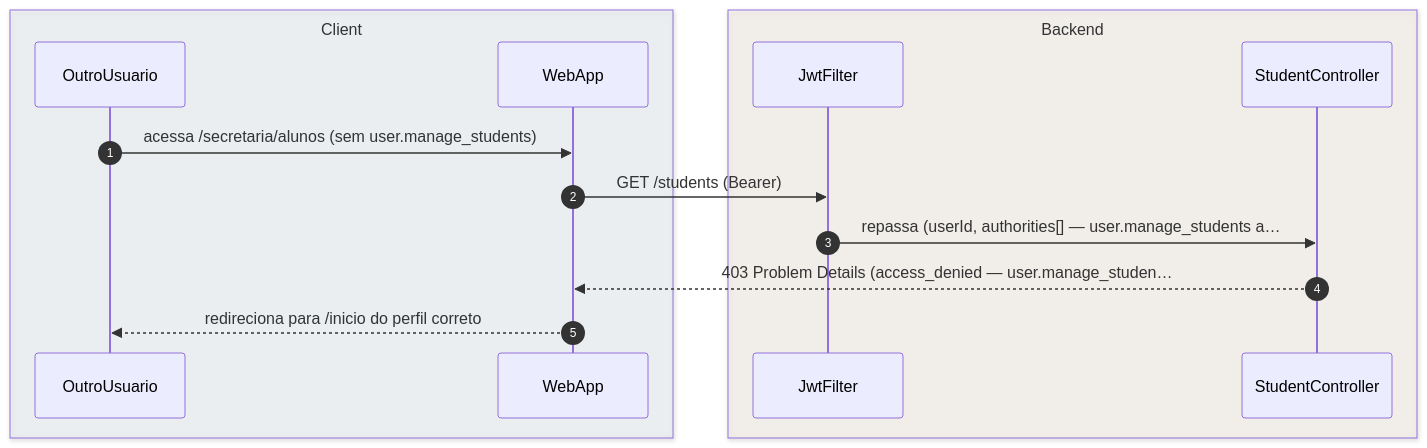
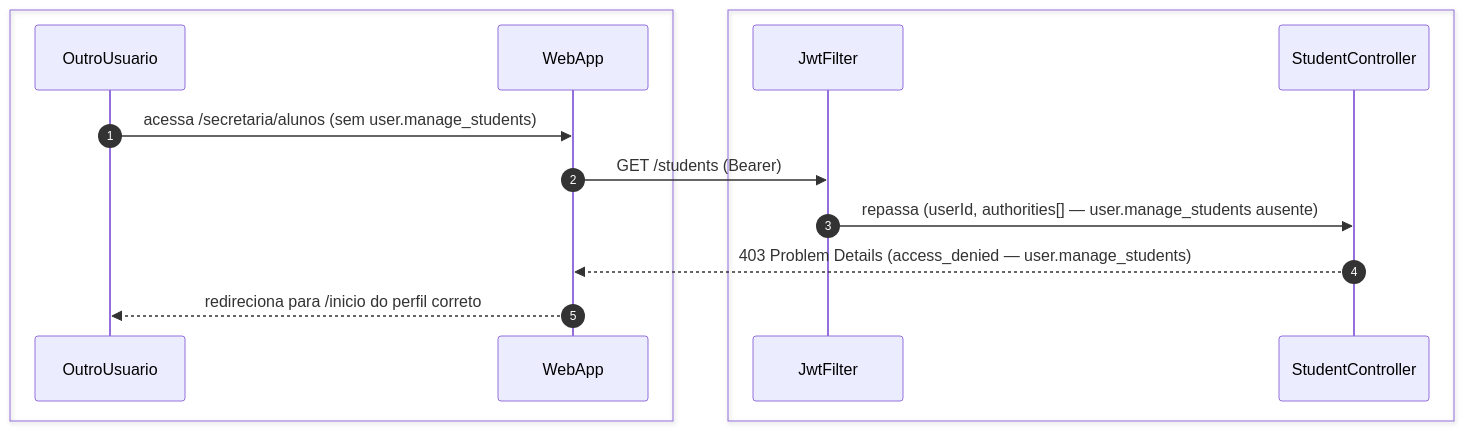
One commit to umishell/secretariaOnline2 changed the eighth of 8 diagrams in foundationDocs/sequenceDiagrams/F5 — Secretaria/US-F5-003-GESTAO-ALUNOS.md. Above: the diagram before and after it, drawn with Mermaid. The commit also changed other lines of this file and 70 other files, not shown here.

First line of the commit message:
Enhance database documentation and introduce new schema files

````diff
--- a/foundationDocs/sequenceDiagrams/F5 — Secretaria/US-F5-003-GESTAO-ALUNOS.md
+++ b/foundationDocs/sequenceDiagrams/F5 — Secretaria/US-F5-003-GESTAO-ALUNOS.md
@@ -332,18 +332,18 @@
 ```mermaid
 sequenceDiagram
     autonumber
-    box rgba(230,245,255,0.3) Client
+    box #e8f4fc Cliente
         participant OutroUsuario
         participant WebApp
     end
-    box rgba(255,245,230,0.3) Backend
+    box #fff8ee Servidor
         participant JwtFilter
         participant StudentController
     end
 
     OutroUsuario->>WebApp: acessa /secretaria/alunos (sem user.manage_students)
     WebApp->>JwtFilter: GET /students (Bearer)
-    JwtFilter->>StudentController: repassa (userId, authorities[] — user.manage_students a…
-    StudentController-->>WebApp: 403 Problem Details (access_denied — user.manage_studen…
+    JwtFilter->>StudentController: repassa (userId, authorities[] — user.manage_students ausente)
+    StudentController-->>WebApp: 403 Problem Details (access_denied — user.manage_students)
     WebApp-->>OutroUsuario: redireciona para /inicio do perfil correto
 ```
````
